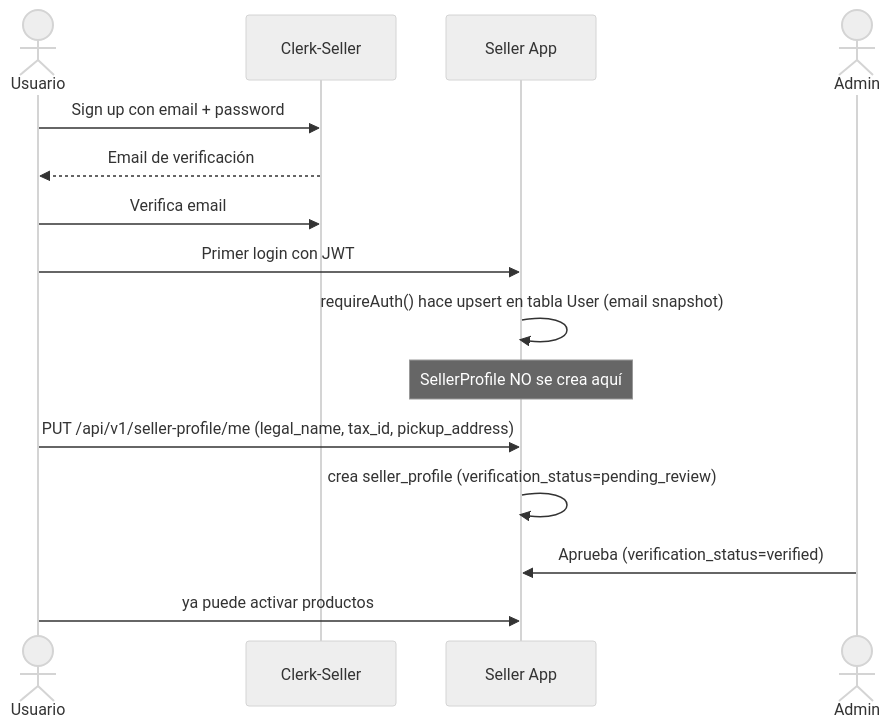
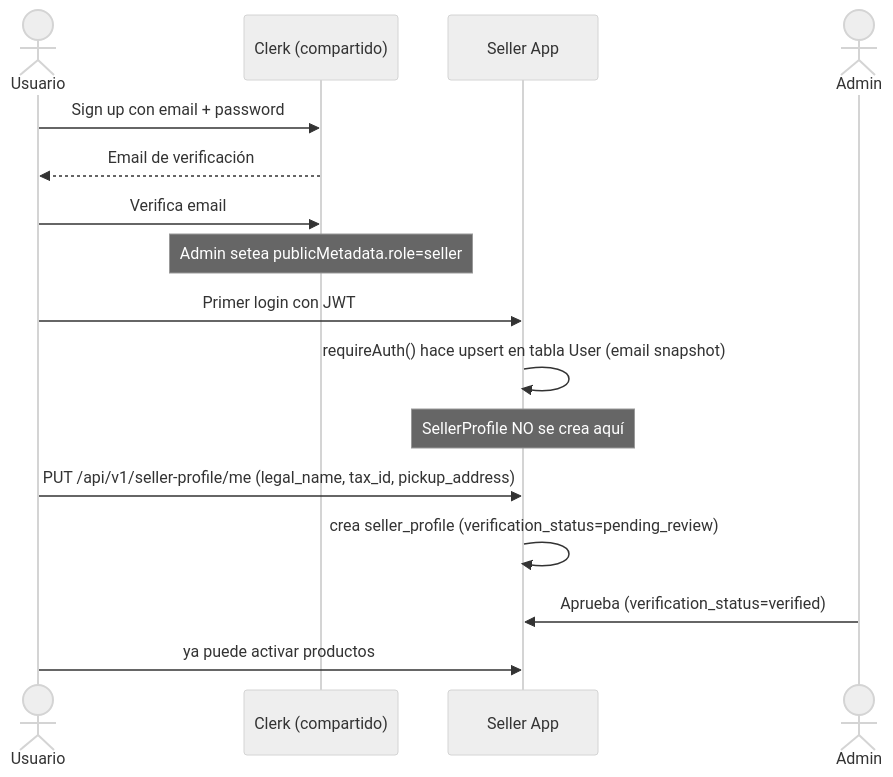
One commit to IAW-2026/proyecto-c-seller-bicimarket changed the second of 4 diagrams in docs/05-usuarios.md. Above: the diagram before and after it, drawn with Mermaid (neutral theme). The commit also changed other lines of this file and 9 other files, not shown here.

````diff
--- a/docs/05-usuarios.md
+++ b/docs/05-usuarios.md
@@ -114,18 +127,19 @@
 ```mermaid
 sequenceDiagram
     actor U as Usuario
-    participant CS as Clerk-Seller
+    participant CL as Clerk (compartido)
     participant S as Seller App
     actor A as Admin
 
-    U->>CS: Sign up con email + password
-    CS-->>U: Email de verificación
-    U->>CS: Verifica email
+    U->>CL: Sign up con email + password
+    CL-->>U: Email de verificación
+    U->>CL: Verifica email
+    Note over CL: Admin setea publicMetadata.role=seller
     U->>S: Primer login con JWT
     S->>S: requireAuth() hace upsert en tabla User (email snapshot)
     Note over S: SellerProfile NO se crea aquí
     U->>S: PUT /api/v1/seller-profile/me (legal_name, tax_id, pickup_address)
     S->>S: crea seller_profile (verification_status=pending_review)
     A->>S: Aprueba (verification_status=verified)
     U->>S: ya puede activar productos
 ```
````
